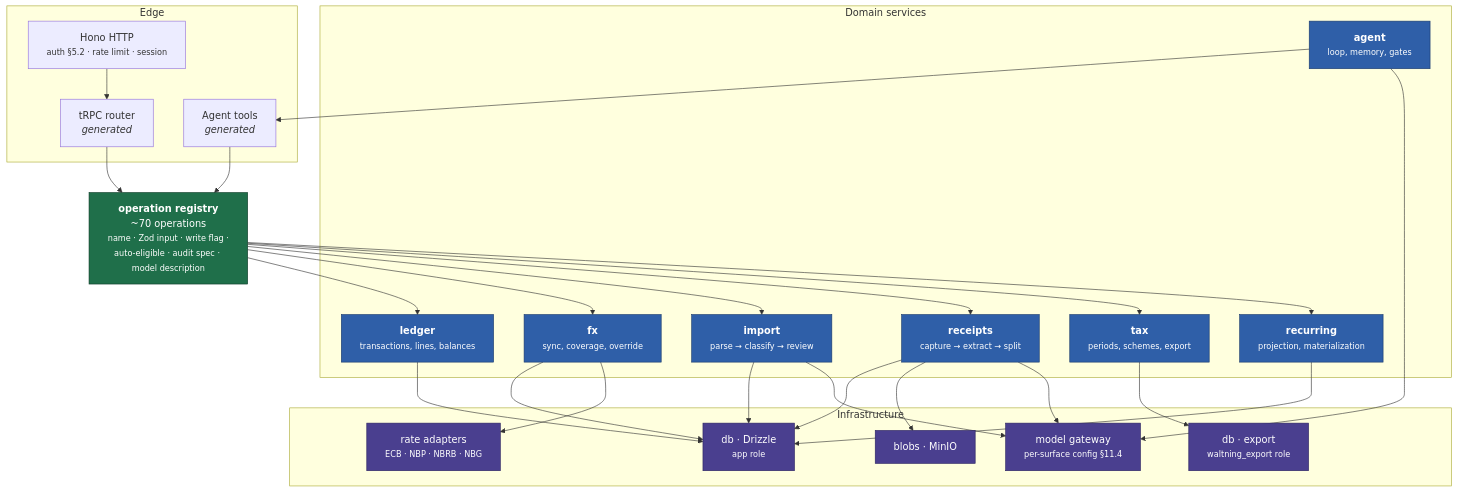
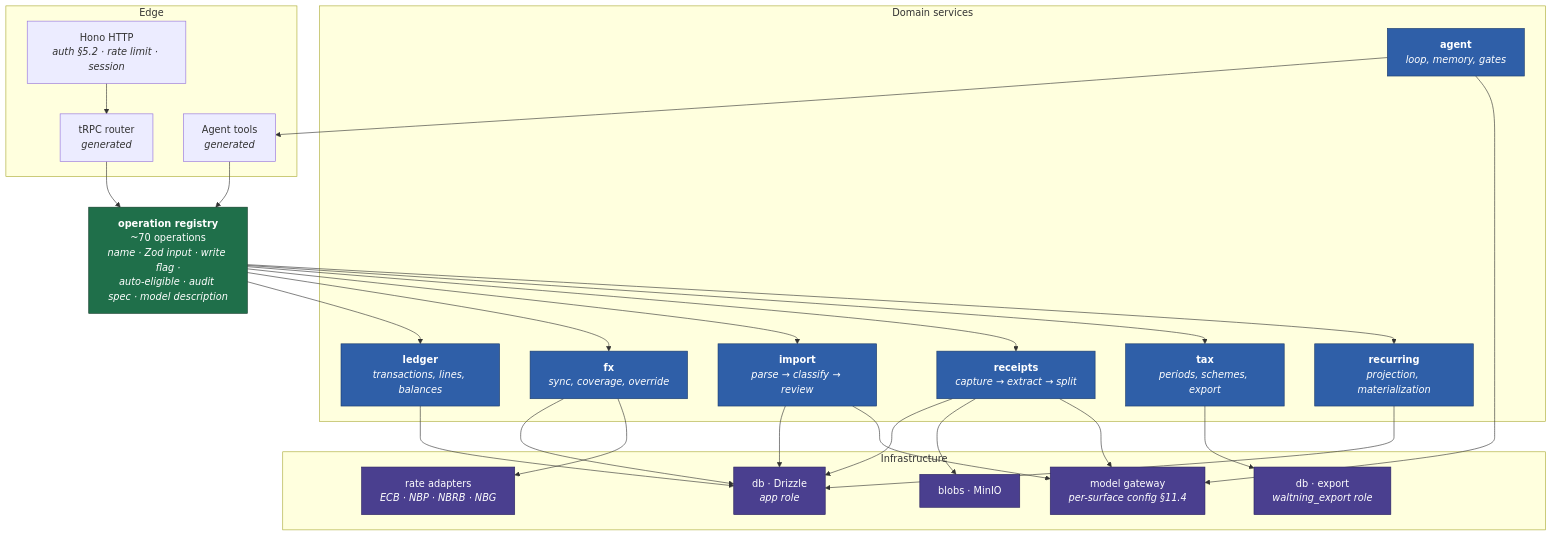
Before and after one commit to VoltLightning/waltning: the first of 3 diagrams in docs/specification/architecture/02-components.md, drawn with Mermaid. The commit also changed other lines of this file and 15 other files, not shown here.

````diff
--- a/docs/specification/architecture/02-components.md
+++ b/docs/specification/architecture/02-components.md
@@ -15,46 +15,46 @@
 ```mermaid
 graph TB
     subgraph edge["Edge"]
-        HTTP["Hono HTTP<br/><small>auth §5.2 · rate limit · session</small>"]
+        HTTP["Hono HTTP<br/><i>auth §5.2 · rate limit · session</i>"]
         TRPC["tRPC router<br/><i>generated</i>"]
         TOOLS["Agent tools<br/><i>generated</i>"]
     end
 
-    REG["<b>operation registry</b><br/>~70 operations<br/><small>name · Zod input · write flag ·<br/>auto-eligible · audit spec · model description</small>"]
+    REG["<b>operation registry</b><br/>~70 operations<br/><i>name · Zod input · write flag ·<br/>auto-eligible · audit spec · model description</i>"]
 
     subgraph domain["Domain services"]
-        LEDGER["<b>ledger</b><br/><small>transactions, lines, balances</small>"]
-        FXS["<b>fx</b><br/><small>sync, coverage, override</small>"]
-        IMPORT["<b>import</b><br/><small>parse → classify → review</small>"]
-        RECEIPT["<b>receipts</b><br/><small>capture → extract → split</small>"]
-        AGENT["<b>agent</b><br/><small>loop, memory, gates</small>"]
-        TAX["<b>tax</b><br/><small>periods, schemes, export</small>"]
-        RECUR["<b>recurring</b><br/><small>projection, materialization</small>"]
+        LEDGER["<b>ledger</b><br/><i>transactions, lines, balances</i>"]
+        FXS["<b>fx</b><br/><i>sync, coverage, override</i>"]
+        IMPORT["<b>import</b><br/><i>parse → classify → review</i>"]
+        RECEIPT["<b>receipts</b><br/><i>capture → extract → split</i>"]
+        AGENT["<b>agent</b><br/><i>loop, memory, gates</i>"]
+        TAX["<b>tax</b><br/><i>periods, schemes, export</i>"]
+        RECUR["<b>recurring</b><br/><i>projection, materialization</i>"]
     end
 
     subgraph infra["Infrastructure"]
-        DB["db · Drizzle<br/><small>app role</small>"]
-        DBX["db · export<br/><small>waltning_export role</small>"]
+        DB["db · Drizzle<br/><i>app role</i>"]
+        DBX["db · export<br/><i>waltning_export role</i>"]
         BLOB["blobs · MinIO"]
-        MODELS["model gateway<br/><small>per-surface config §11.4</small>"]
-        RATES["rate adapters<br/><small>ECB · NBP · NBRB · NBG</small>"]
+        MODELS["model gateway<br/><i>per-surface config §11.4</i>"]
+        RATES["rate adapters<br/><i>ECB · NBP · NBRB · NBG</i>"]
     end
 
     HTTP --> TRPC
     TRPC --> REG
     TOOLS --> REG
     AGENT --> TOOLS
     REG --> LEDGER & FXS & IMPORT & RECEIPT & TAX & RECUR
     LEDGER & FXS & IMPORT & RECEIPT & RECUR --> DB
     TAX --> DBX
     RECEIPT --> BLOB
     IMPORT & RECEIPT & AGENT --> MODELS
     FXS --> RATES
 
     classDef reg fill:#1f6f4a,stroke:#0d3a26,color:#fff
     classDef dom fill:#2f5fa8,stroke:#1a3a6b,color:#fff
     classDef inf fill:#4a3f8f,stroke:#2a2260,color:#fff
     class REG reg
     class LEDGER,FXS,IMPORT,RECEIPT,AGENT,TAX,RECUR dom
     class DB,DBX,BLOB,MODELS,RATES inf
 ```
````
